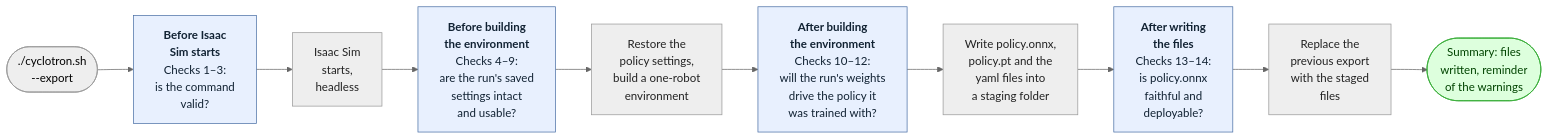
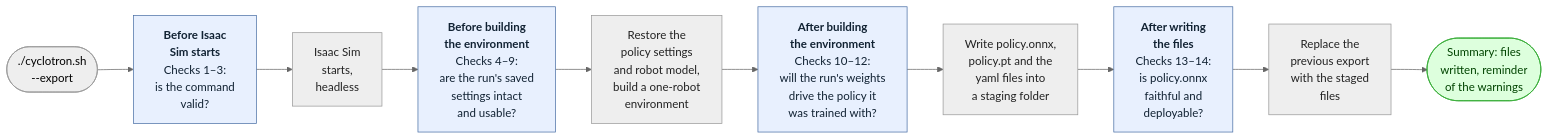
One commit to menloresearch/cyclotron changed the first of 5 diagrams in docs/export.md. Above: the diagram before and after it, drawn with Mermaid (neutral theme). The commit also changed other lines of this file and 5 other files, not shown here.

Commit message:
Document how --export and --play load the robot model a run was trained with, and how to update the pinned robot model after a pull.

````diff
--- a/docs/export.md
+++ b/docs/export.md
@@ -82,20 +85,20 @@
 ```mermaid
 flowchart LR
     classDef done fill:#dfd,stroke:#3a3,color:#040
     classDef step fill:#eee,stroke:#999,color:#222
     classDef stage fill:#e8f0fe,stroke:#4a6fa5,color:#123
 
     Start(["./cyclotron.sh<br/>--export"]) --> S1["<b>Before Isaac<br/>Sim starts</b><br/>Checks 1–3:<br/>is the command<br/>valid?"]
     S1 --> Launch["Isaac Sim<br/>starts,<br/>headless"]
     Launch --> S2["<b>Before building<br/>the environment</b><br/>Checks 4–9:<br/>are the run's saved<br/>settings intact<br/>and usable?"]
-    S2 --> Env["Restore the<br/>policy settings,<br/>build a one-robot<br/>environment"]
+    S2 --> Env["Restore the<br/>policy settings<br/>and robot model,<br/>build a one-robot<br/>environment"]
     Env --> S3["<b>After building<br/>the environment</b><br/>Checks 10–12:<br/>will the run's weights<br/>drive the policy it<br/>was trained with?"]
     S3 --> Write["Write policy.onnx,<br/>policy.pt and the<br/>yaml files into<br/>a staging folder"]
     Write --> S4["<b>After writing<br/>the files</b><br/>Checks 13–14:<br/>is policy.onnx<br/>faithful and<br/>deployable?"]
     S4 --> Replace["Replace the<br/>previous export<br/>with the staged<br/>files"]
     Replace --> Done(["Summary: files<br/>written, reminder<br/>of the warnings"])
 
     class S1,S2,S3,S4 stage
     class Launch,Env,Write,Replace step
     class Done done
 ```
````
